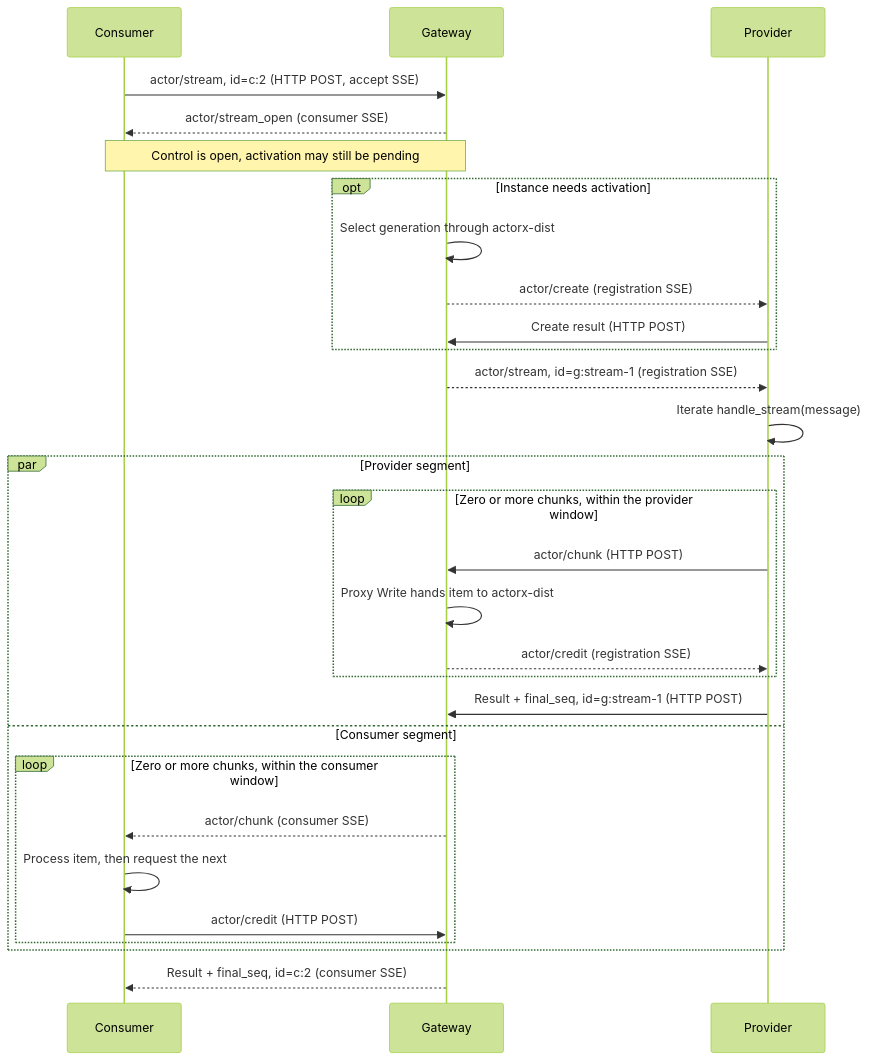
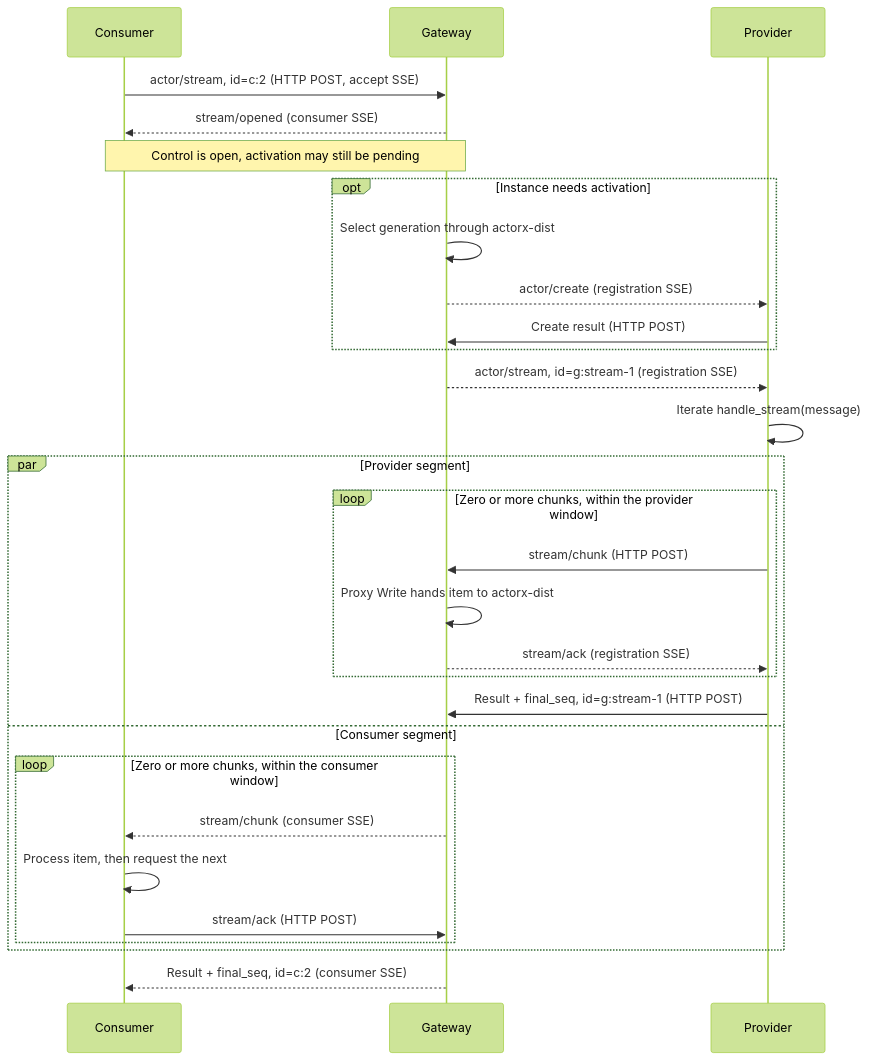
One commit to go-aie/actorx-dist changed the third of 4 diagrams in remote/docs/protocol.md. Above: the diagram before and after it, drawn with Mermaid (forest theme). The commit also changed other lines of this file and 25 other files, not shown here.

````diff
--- a/remote/docs/protocol.md
+++ b/remote/docs/protocol.md
@@ -341,31 +341,31 @@
 ```mermaid
 sequenceDiagram
     participant C as Consumer
     participant G as Gateway
     participant P as Provider
     C->>G: actor/stream, id=c:2 (HTTP POST, accept SSE)
-    G-->>C: actor/stream_open (consumer SSE)
+    G-->>C: stream/opened (consumer SSE)
     Note over C,G: Control is open, activation may still be pending
     opt Instance needs activation
         G->>G: Select generation through actorx-dist
         G-->>P: actor/create (registration SSE)
         P->>G: Create result (HTTP POST)
     end
     G-->>P: actor/stream, id=g:stream-1 (registration SSE)
     P->>P: Iterate handle_stream(message)
     par Provider segment
         loop Zero or more chunks, within the provider window
-            P->>G: actor/chunk (HTTP POST)
+            P->>G: stream/chunk (HTTP POST)
             G->>G: Proxy Write hands item to actorx-dist
-            G-->>P: actor/credit (registration SSE)
+            G-->>P: stream/ack (registration SSE)
         end
         P->>G: Result + final_seq, id=g:stream-1 (HTTP POST)
     and Consumer segment
         loop Zero or more chunks, within the consumer window
-            G-->>C: actor/chunk (consumer SSE)
+            G-->>C: stream/chunk (consumer SSE)
             C->>C: Process item, then request the next
-            C->>G: actor/credit (HTTP POST)
+            C->>G: stream/ack (HTTP POST)
         end
     end
     G-->>C: Result + final_seq, id=c:2 (consumer SSE)
 ```
````
